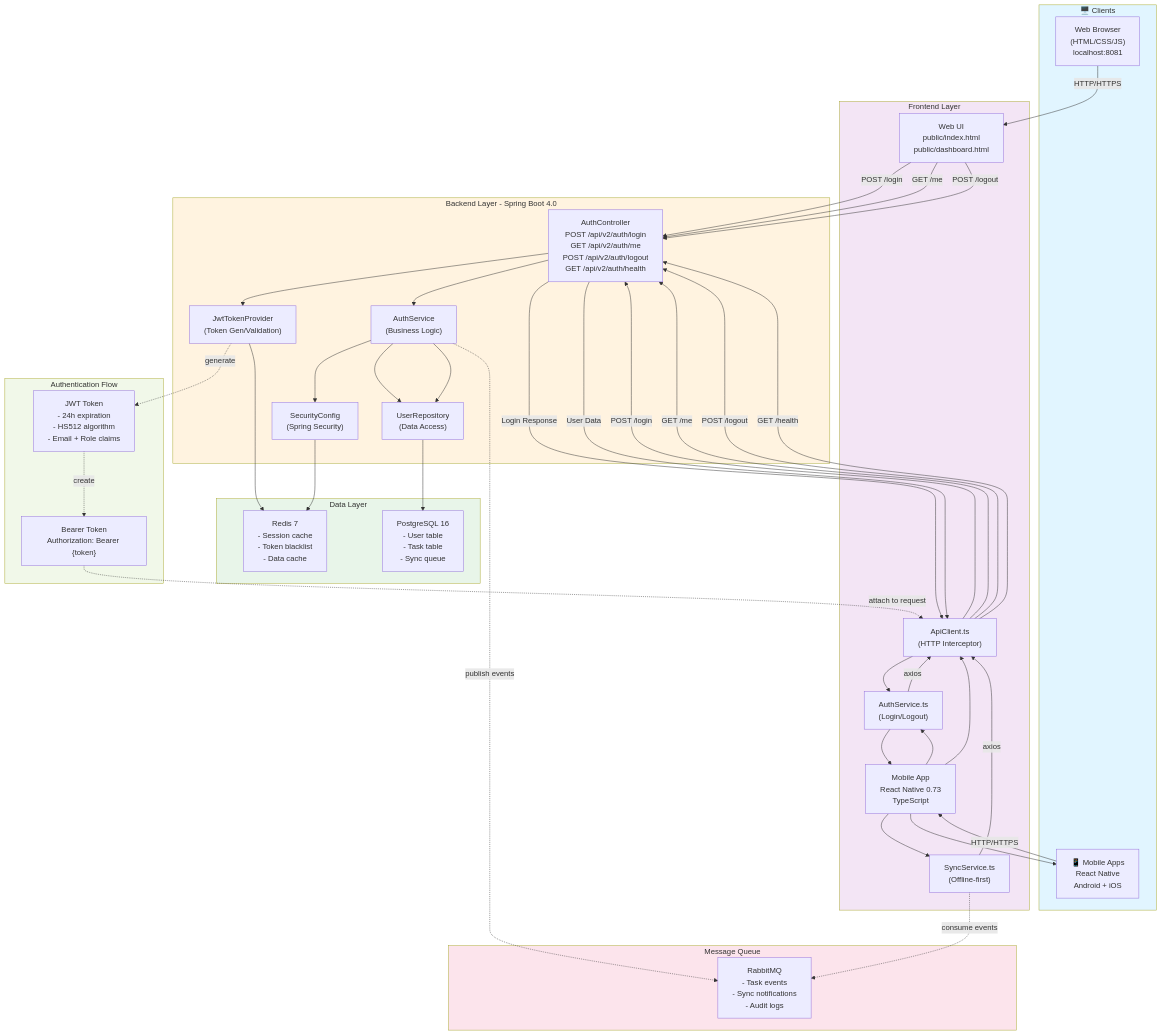
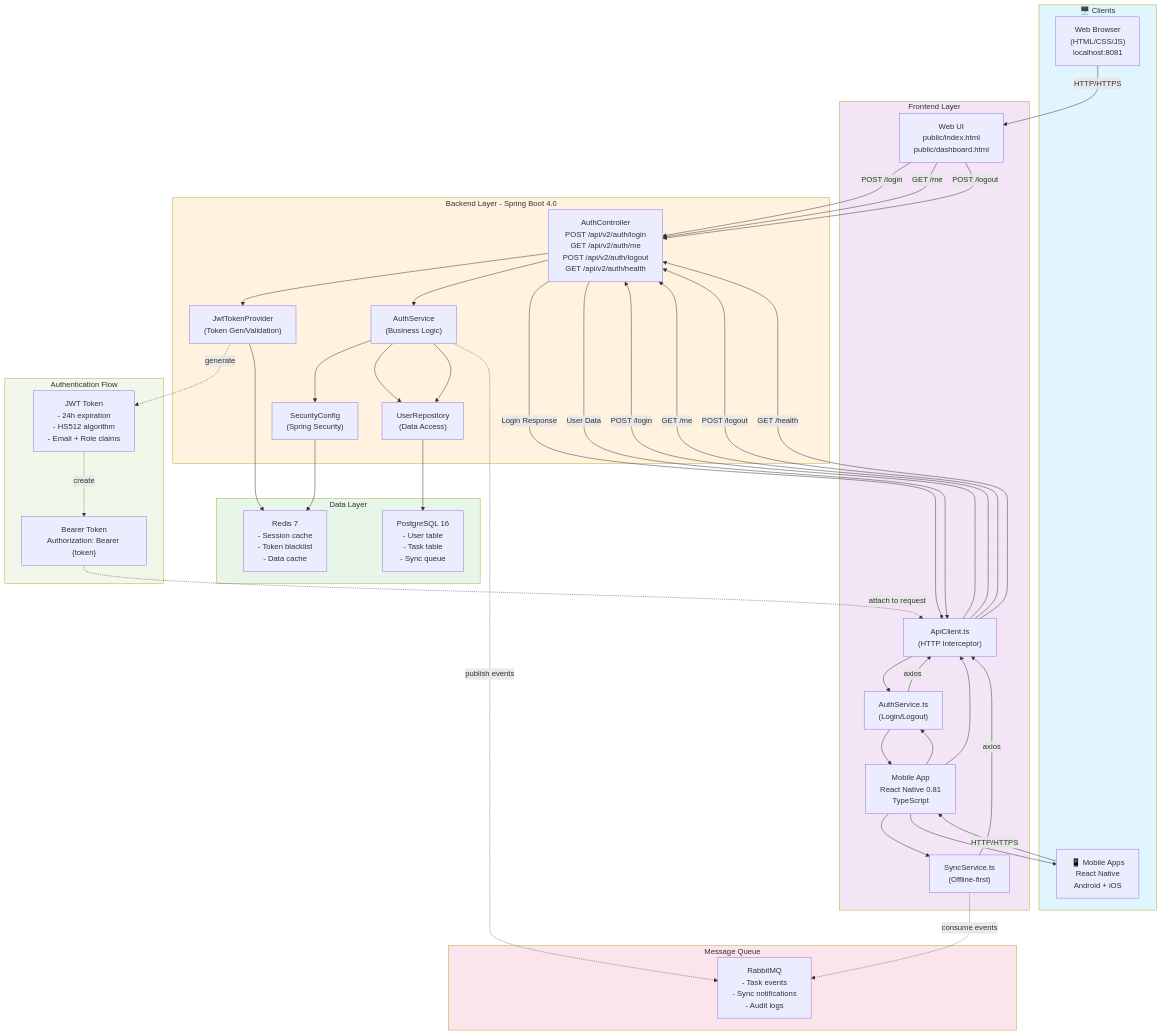
One commit to morthagor/preset-cto changed the diagram in doc/diagrams/architecture.md. Above: the diagram before and after it, drawn with Mermaid. The commit also changed other lines of this file and 7 other files, not shown here.

Commit message:
chore: Update React Native from 0.73 to 0.81 across all layers

```diff
--- a/doc/diagrams/architecture.md
+++ b/doc/diagrams/architecture.md
@@ -11,7 +11,7 @@
 
     subgraph Frontend["Frontend Layer"]
         WebApp["Web UI<br/>public/index.html<br/>public/dashboard.html"]
-        MobileApp["Mobile App<br/>React Native 0.73<br/>TypeScript"]
+        MobileApp["Mobile App<br/>React Native 0.81<br/>TypeScript"]
         AuthService["AuthService.ts<br/>(Login/Logout)"]
         ApiClient["ApiClient.ts<br/>(HTTP Interceptor)"]
         SyncService["SyncService.ts<br/>(Offline-first)"]
```
